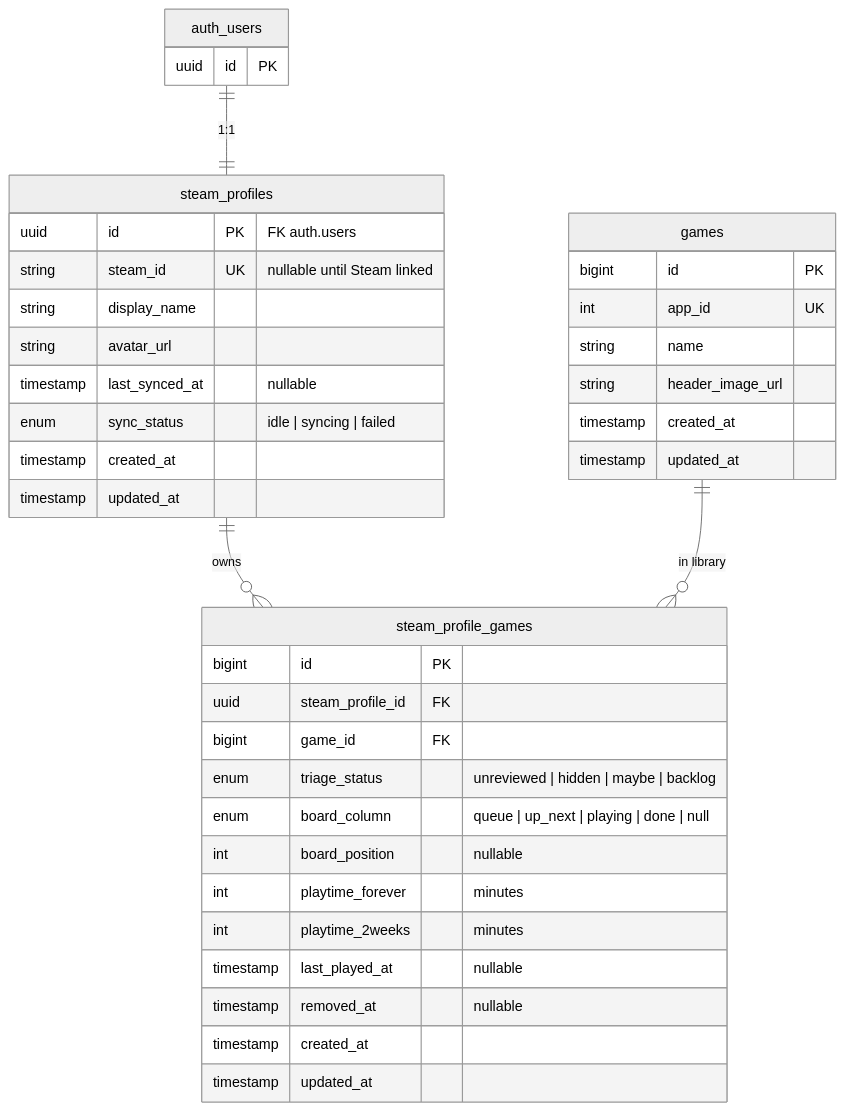
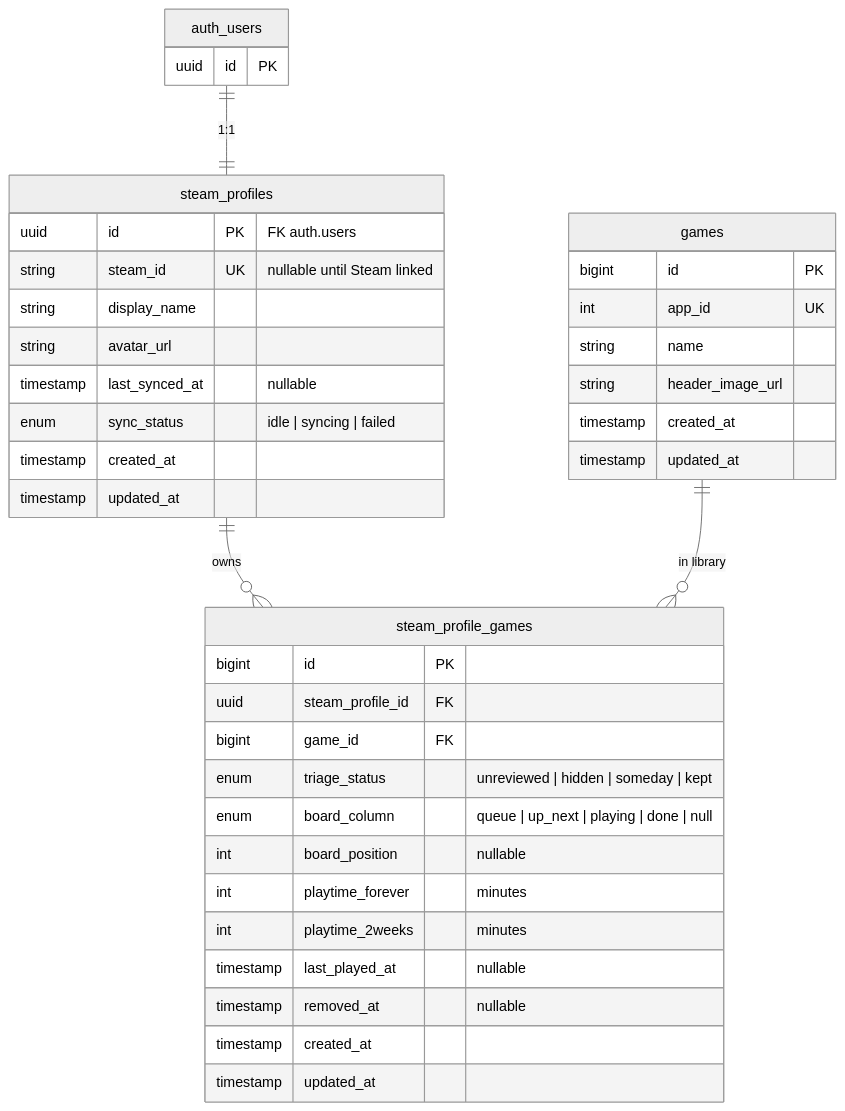
One commit to maxBRT/steam-backlog changed the diagram in docs/data-model.md. Above: the diagram before and after it, drawn with Mermaid (neutral theme). The commit also changed other lines of this file and 8 other files, not shown here.

Commit message:
Rename triage statuses and place kept games on the board (MXB-77).

````diff
--- a/docs/data-model.md
+++ b/docs/data-model.md
@@ -14,45 +14,45 @@
 ```mermaid
 erDiagram
     auth_users ||--|| steam_profiles : "1:1"
     steam_profiles ||--o{ steam_profile_games : owns
     games ||--o{ steam_profile_games : "in library"
 
     auth_users {
         uuid id PK
     }
 
     steam_profiles {
         uuid id PK "FK auth.users"
         string steam_id UK "nullable until Steam linked"
         string display_name
         string avatar_url
         timestamp last_synced_at "nullable"
         enum sync_status "idle | syncing | failed"
         timestamp created_at
         timestamp updated_at
     }
 
     games {
         bigint id PK
         int app_id UK
         string name
         string header_image_url
         timestamp created_at
         timestamp updated_at
     }
 
     steam_profile_games {
         bigint id PK
         uuid steam_profile_id FK
         bigint game_id FK
-        enum triage_status "unreviewed | hidden | maybe | backlog"
+        enum triage_status "unreviewed | hidden | someday | kept"
         enum board_column "queue | up_next | playing | done | null"
         int board_position "nullable"
         int playtime_forever "minutes"
         int playtime_2weeks "minutes"
         timestamp last_played_at "nullable"
         timestamp removed_at "nullable"
         timestamp created_at
         timestamp updated_at
     }
 ```
````
